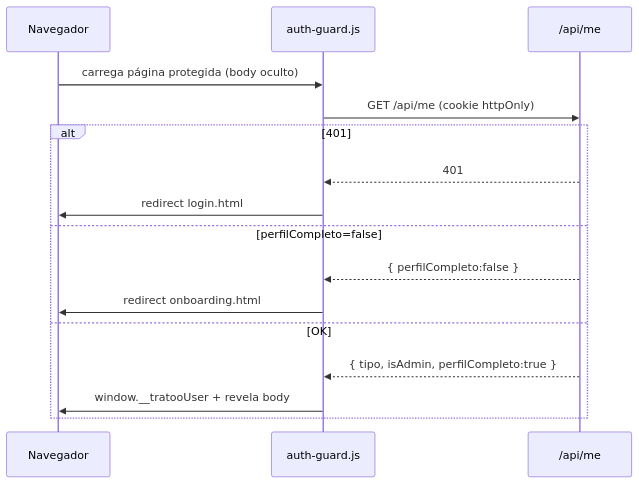
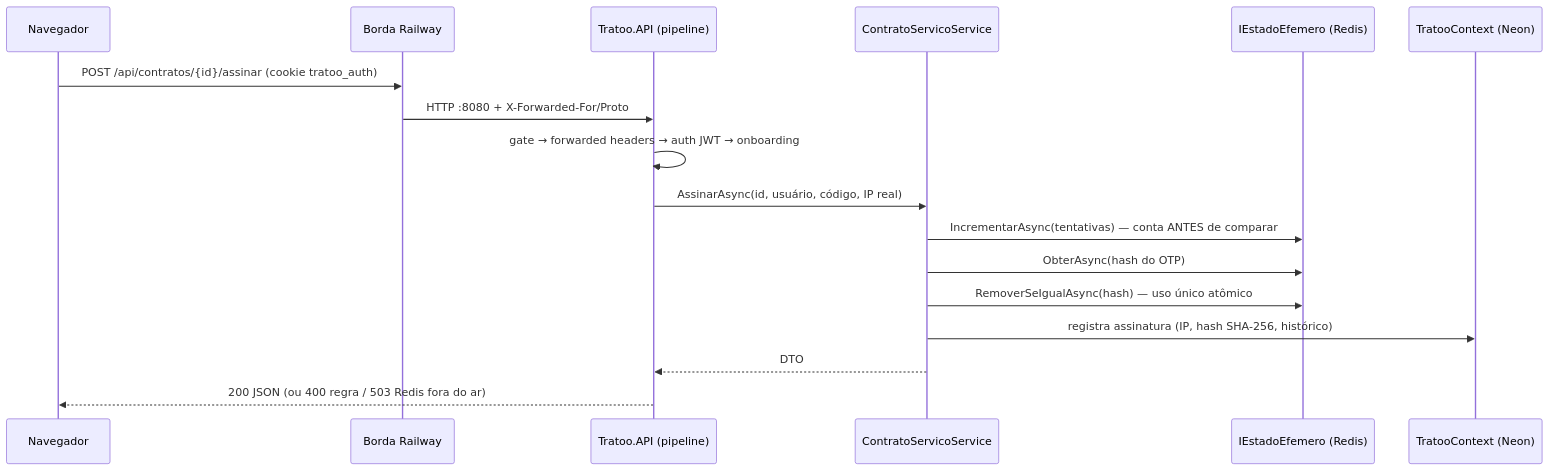
One commit to Gustavo-C-almeida/tratoo changed the third of 8 diagrams in Docs/ARQUITETURA.md. Above: the diagram before and after it, drawn with Mermaid. The commit also changed other lines of this file and 1 other file, not shown here.

````diff
--- a/Docs/ARQUITETURA.md
+++ b/Docs/ARQUITETURA.md
@@ -246,18 +222,19 @@
 ```mermaid
 sequenceDiagram
     participant B as Navegador
-    participant G as auth-guard.js
-    participant API as /api/me
-    B->>G: carrega página protegida (body oculto)
-    G->>API: GET /api/me (cookie httpOnly)
-    alt 401
-        API-->>G: 401
-        G->>B: redirect login.html
-    else perfilCompleto=false
-        API-->>G: { perfilCompleto:false }
-        G->>B: redirect onboarding.html
-    else OK
-        API-->>G: { tipo, isAdmin, perfilCompleto:true }
-        G->>B: window.__tratooUser + revela body
-    end
+    participant RW as Borda Railway
+    participant API as Tratoo.API (pipeline)
+    participant S as ContratoServicoService
+    participant EE as IEstadoEfemero (Redis)
+    participant DB as TratooContext (Neon)
+    B->>RW: POST /api/contratos/{id}/assinar (cookie tratoo_auth)
+    RW->>API: HTTP :8080 + X-Forwarded-For/Proto
+    API->>API: gate → forwarded headers → auth JWT → onboarding
+    API->>S: AssinarAsync(id, usuário, código, IP real)
+    S->>EE: IncrementarAsync(tentativas) — conta ANTES de comparar
+    S->>EE: ObterAsync(hash do OTP)
+    S->>EE: RemoverSeIgualAsync(hash) — uso único atômico
+    S->>DB: registra assinatura (IP, hash SHA-256, histórico)
+    S-->>API: DTO
+    API-->>B: 200 JSON (ou 400 regra / 503 Redis fora do ar)
 ```
````
